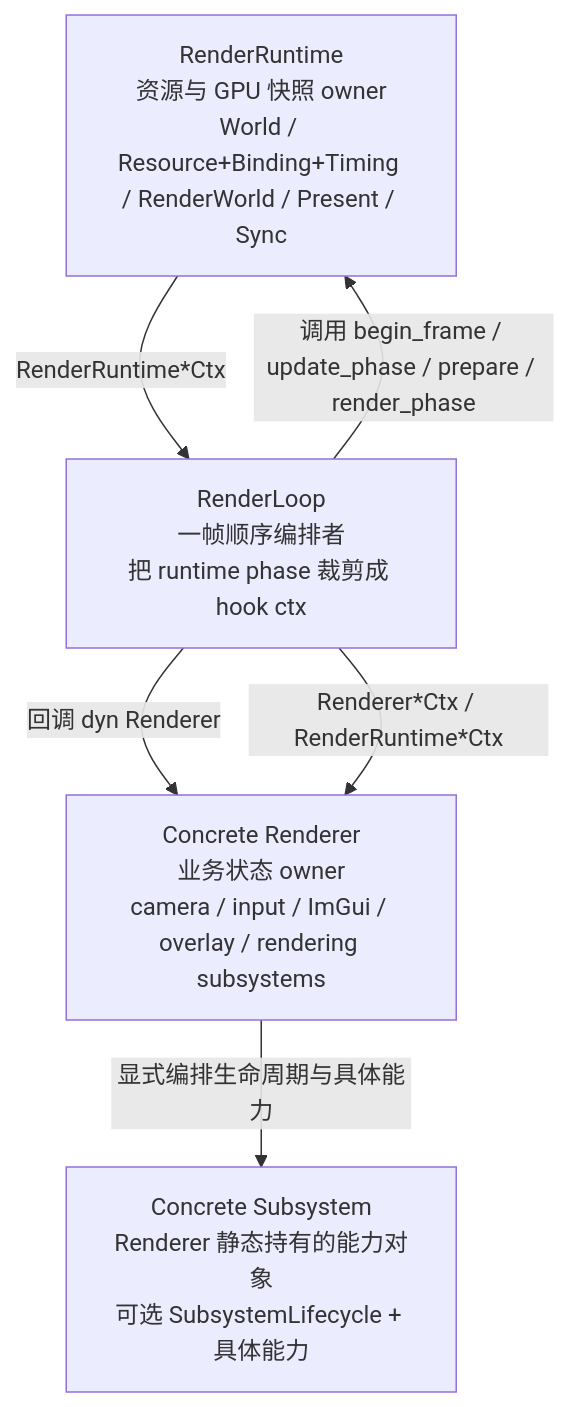
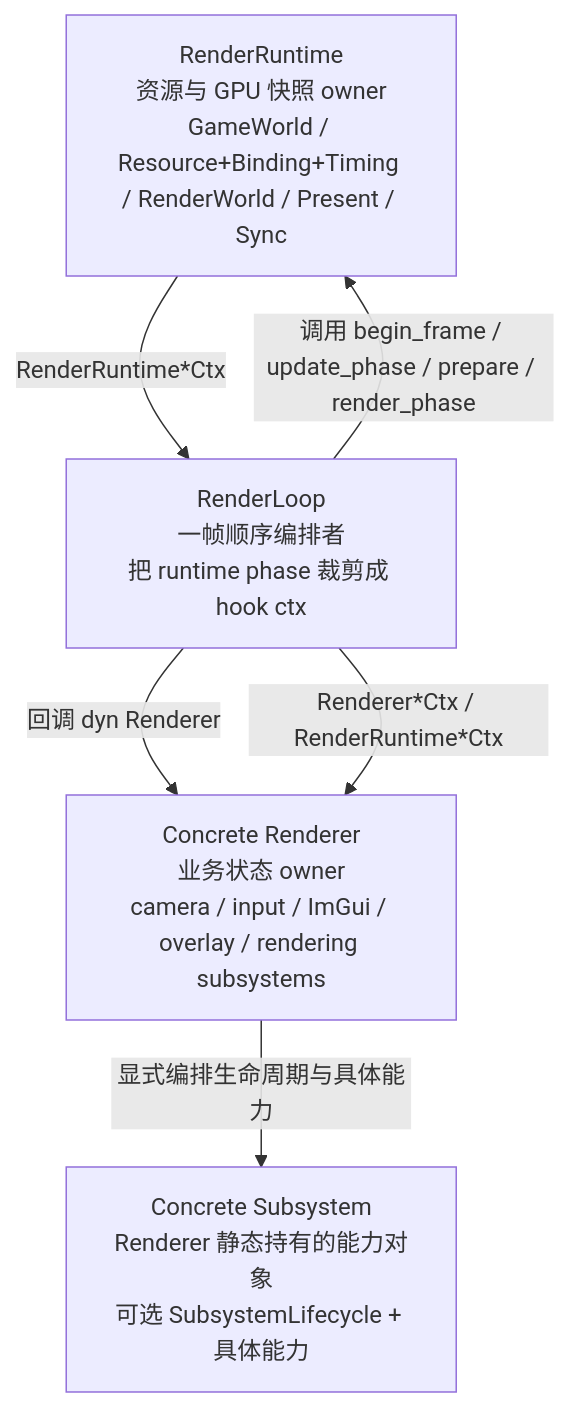
The first of 5 diagrams in docs/summaries/frame-lifecycle.md (acccoco/TruvisRenderer), drawn with Mermaid before and after one commit. The commit also changed other lines of this file and 101 other files, not shown here.

````diff
--- a/docs/summaries/frame-lifecycle.md
+++ b/docs/summaries/frame-lifecycle.md
@@ -28,12 +28,12 @@
 ```mermaid
 flowchart TB
-    Runtime["RenderRuntime<br/>资源与 GPU 快照 owner<br/>World / Resource+Binding+Timing / RenderWorld / Present / Sync"]
+    Runtime["RenderRuntime<br/>资源与 GPU 快照 owner<br/>GameWorld / Resource+Binding+Timing / RenderWorld / Present / Sync"]
     RenderLoop["RenderLoop<br/>一帧顺序编排者<br/>把 runtime phase 裁剪成 hook ctx"]
     Renderer["Concrete Renderer<br/>业务状态 owner<br/>camera / input / ImGui / overlay / rendering subsystems"]
     Subsystem["Concrete Subsystem<br/>Renderer 静态持有的能力对象<br/>可选 SubsystemLifecycle + 具体能力"]
     RenderLoop -->|" 调用 begin_frame / update_phase / prepare / render_phase "| Runtime
     RenderLoop -->|" 回调 dyn Renderer "| Renderer
     Renderer -->|" 显式编排生命周期与具体能力 "| Subsystem
     Runtime -->|" RenderRuntime*Ctx "| RenderLoop
     RenderLoop -->|" Renderer*Ctx / RenderRuntime*Ctx "| Renderer
 ```
````
